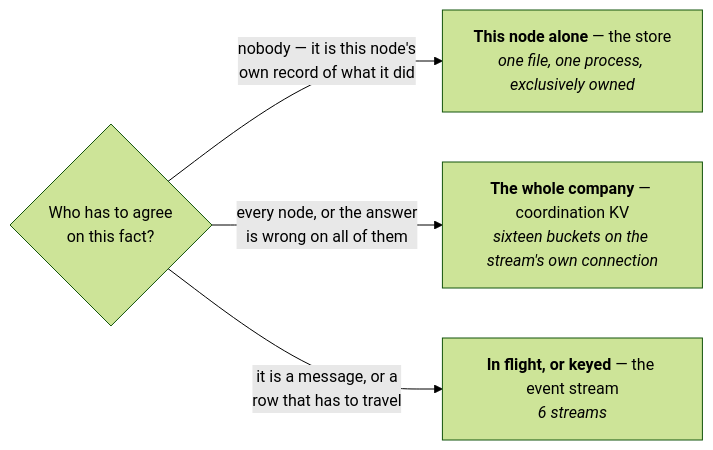
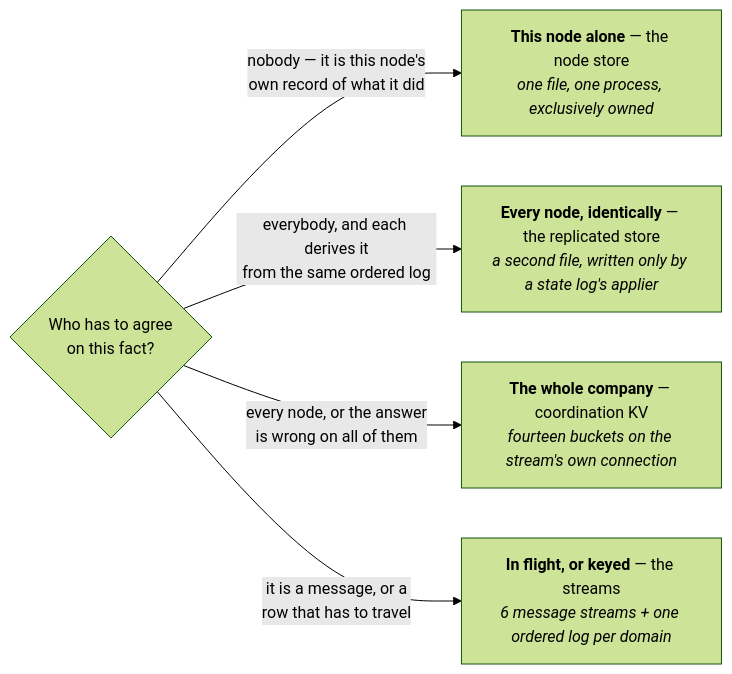
One commit to crewlet/crewlet changed the ninth of 10 diagrams in docs/concepts/architecture.md. Above: the diagram before and after it, drawn with Mermaid (forest theme). The commit also changed other lines of this file and 104 other files, not shown here.

First line of the commit message:
feat(engine): the tracker becomes a state-log domain, and the old estate goes

````diff
--- a/docs/concepts/architecture.md
+++ b/docs/concepts/architecture.md
@@ -493,11 +495,13 @@
 ```mermaid
 flowchart LR
     Q{"Who has to agree<br/>on this fact?"}
-    LOCAL["<b>This node alone</b> — the store<br/><i>one file, one process, exclusively owned</i>"]
-    FLEET["<b>The whole company</b> — coordination KV<br/><i>sixteen buckets on the stream's own connection</i>"]
-    STREAM["<b>In flight, or keyed</b> — the event stream<br/><i>6 streams</i>"]
+    LOCAL["<b>This node alone</b> — the node store<br/><i>one file, one process, exclusively owned</i>"]
+    DERIVED["<b>Every node, identically</b> — the replicated store<br/><i>a second file, written only by a state log's applier</i>"]
+    FLEET["<b>The whole company</b> — coordination KV<br/><i>fourteen buckets on the stream's own connection</i>"]
+    STREAM["<b>In flight, or keyed</b> — the streams<br/><i>6 message streams + one ordered log per domain</i>"]
 
     Q -->|"nobody — it is this node's<br/>own record of what it did"| LOCAL
+    Q -->|"everybody, and each derives it<br/>from the same ordered log"| DERIVED
     Q -->|"every node, or the answer<br/>is wrong on all of them"| FLEET
     Q -->|"it is a message, or a<br/>row that has to travel"| STREAM
 ```
````
